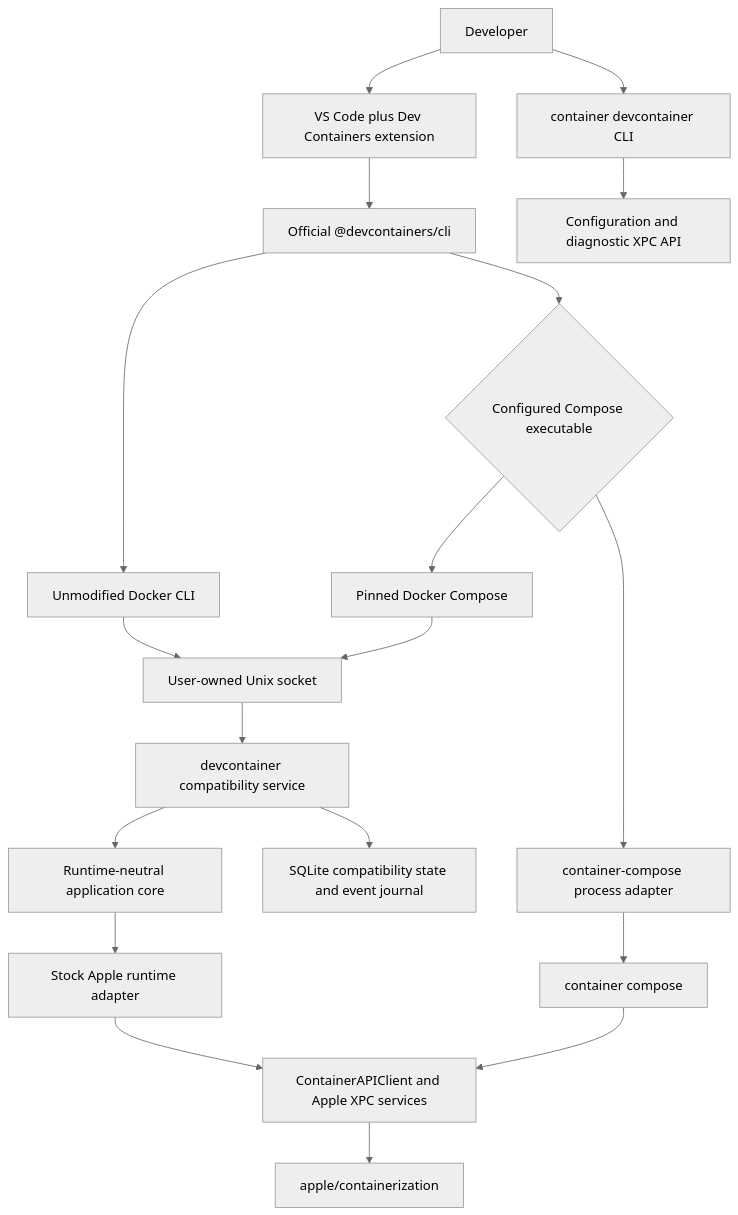
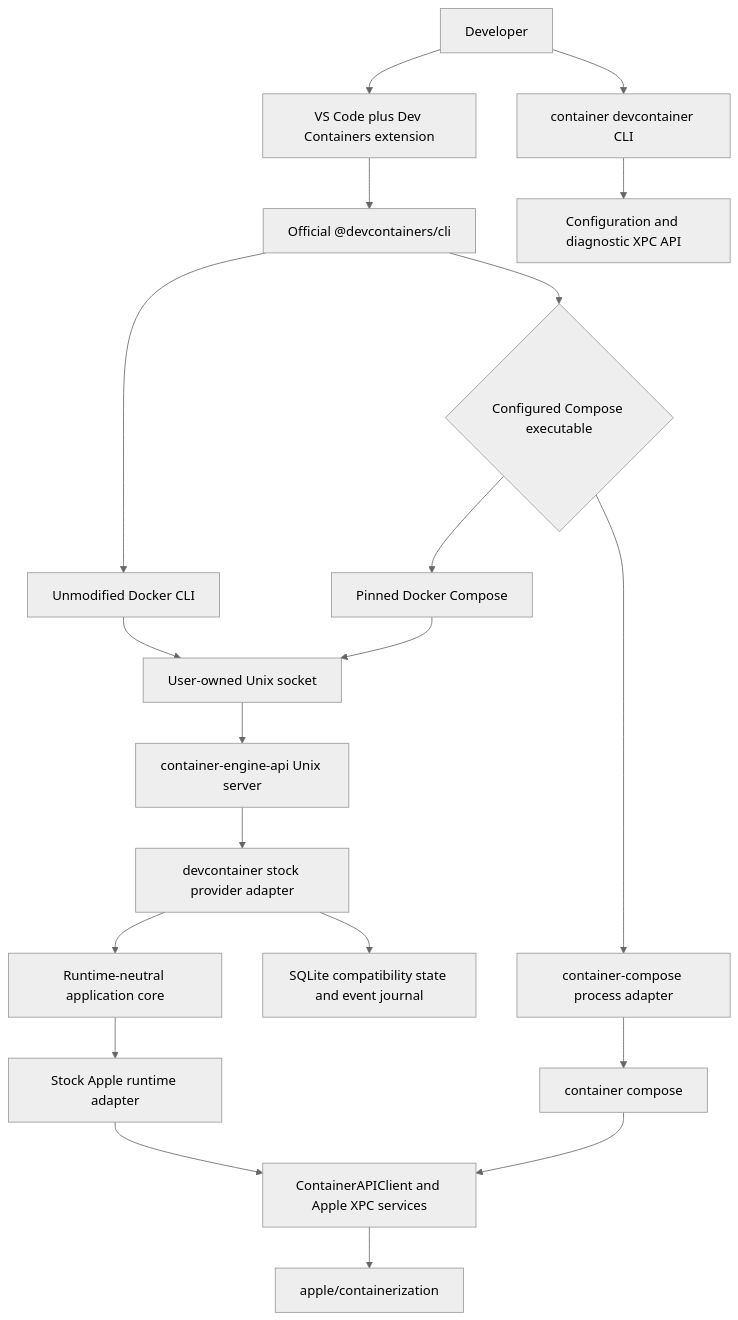
One commit to stephenlclarke/devcontainer changed the first of 6 diagrams in DESIGN.md. Above: the diagram before and after it, drawn with Mermaid (neutral theme). The commit also changed other lines of this file and 17 other files, not shown here.

Commit message:
feat(engine): adopt shared socket authority

````diff
--- a/DESIGN.md
+++ b/DESIGN.md
@@ -73,21 +73,22 @@
 ```mermaid
 flowchart TB
     Developer["Developer"] --> VSCode["VS Code plus Dev Containers extension"]
     Developer --> NativeCLI["container devcontainer CLI"]
     VSCode --> ReferenceCLI["Official @devcontainers/cli"]
     NativeCLI --> Control["Configuration and diagnostic XPC API"]
     ReferenceCLI --> DockerCLI["Unmodified Docker CLI"]
     ReferenceCLI --> ComposeSelector{"Configured Compose executable"}
     DockerCLI --> Socket["User-owned Unix socket"]
-    Socket --> Service["devcontainer compatibility service"]
+    Socket --> Shared["container-engine-api Unix server"]
+    Shared --> Service["devcontainer stock provider adapter"]
     Service --> RuntimeCore["Runtime-neutral application core"]
     RuntimeCore --> AppleAdapter["Stock Apple runtime adapter"]
     AppleAdapter --> AppleAPI["ContainerAPIClient and Apple XPC services"]
     AppleAPI --> Containerization["apple/containerization"]
     ComposeSelector --> DockerCompose["Pinned Docker Compose"]
     DockerCompose --> Socket
     ComposeSelector --> ComposeAdapter["container-compose process adapter"]
     ComposeAdapter --> ContainerCompose["container compose"]
     ContainerCompose --> AppleAPI
     Service --> State["SQLite compatibility state and event journal"]
 ```
````
